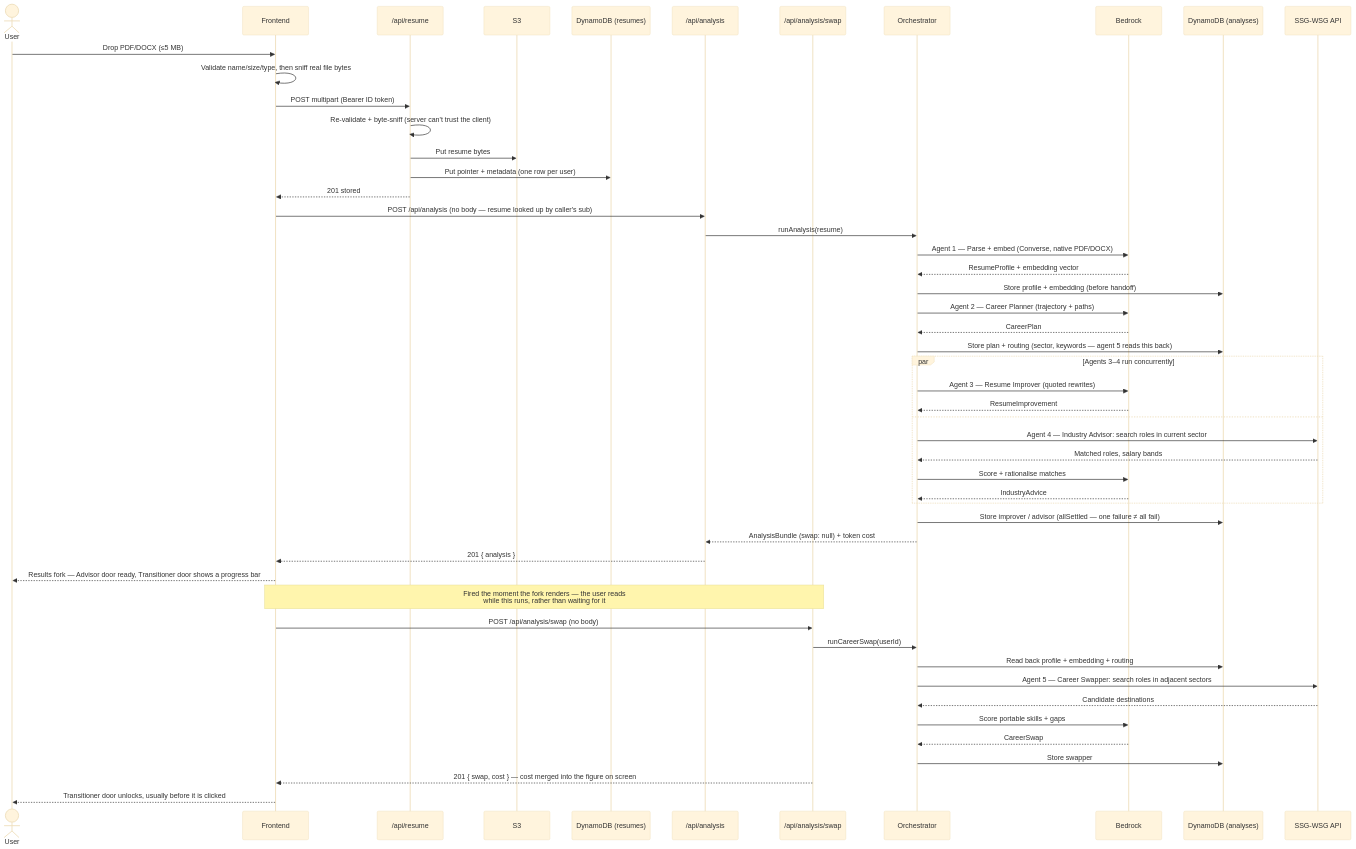
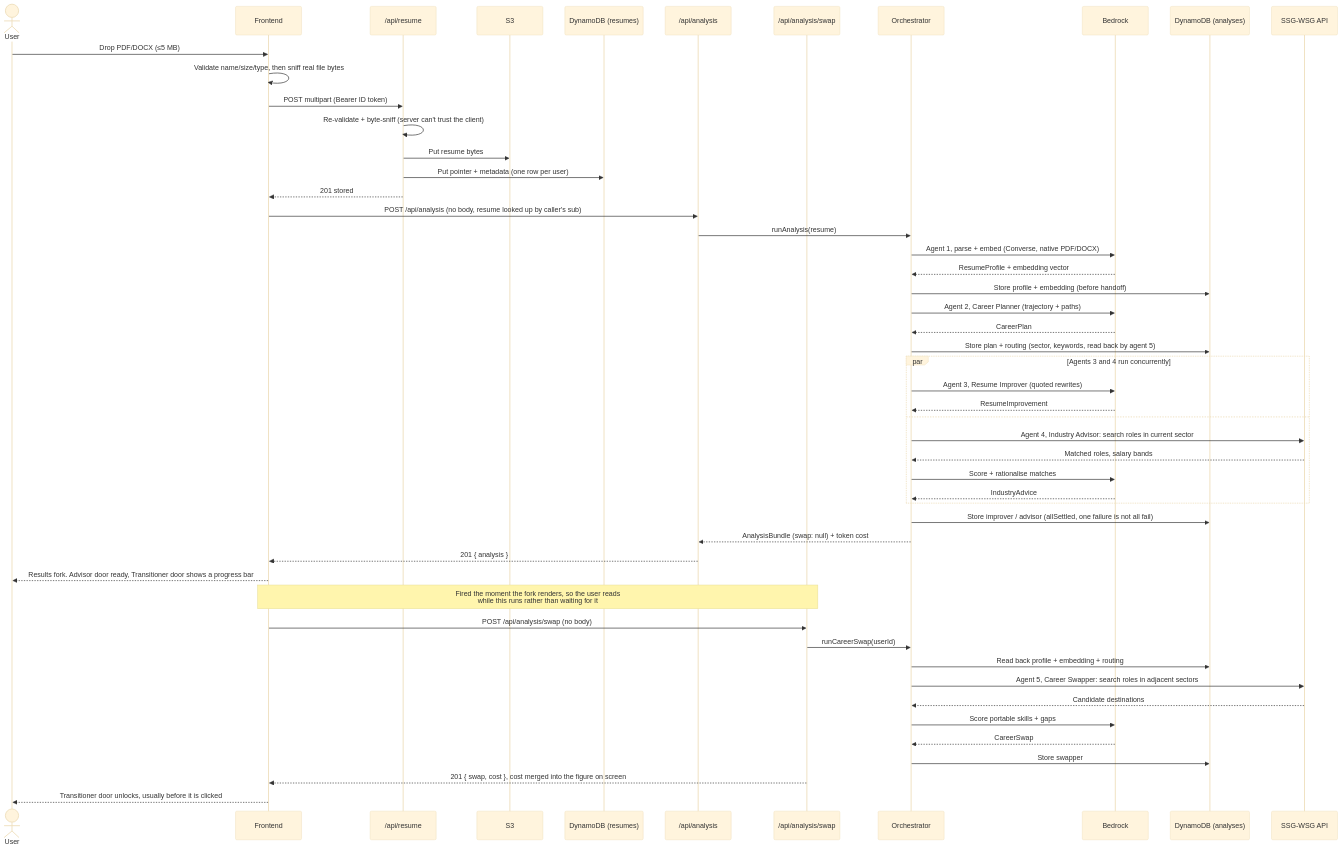
One commit to oreoolis/meong-MyWay changed the third of 4 diagrams in README.md. Above: the diagram before and after it, drawn with Mermaid (base theme). The commit also changed other lines of this file, not shown here.

````diff
--- a/README.md
+++ b/README.md
@@ -193,61 +251,61 @@
 ```mermaid
 sequenceDiagram
     actor User
     participant FE as Frontend
     participant ResumeAPI as /api/resume
     participant S3
     participant DDB_R as DynamoDB (resumes)
     participant AnalysisAPI as /api/analysis
     participant SwapAPI as /api/analysis/swap
     participant Orc as Orchestrator
     participant Bedrock
     participant DDB_A as DynamoDB (analyses)
     participant SSG as SSG-WSG API
 
     User->>FE: Drop PDF/DOCX (≤5 MB)
     FE->>FE: Validate name/size/type, then sniff real file bytes
     FE->>ResumeAPI: POST multipart (Bearer ID token)
     ResumeAPI->>ResumeAPI: Re-validate + byte-sniff (server can't trust the client)
     ResumeAPI->>S3: Put resume bytes
     ResumeAPI->>DDB_R: Put pointer + metadata (one row per user)
     ResumeAPI-->>FE: 201 stored
 
-    FE->>AnalysisAPI: POST /api/analysis (no body — resume looked up by caller's sub)
+    FE->>AnalysisAPI: POST /api/analysis (no body, resume looked up by caller's sub)
     AnalysisAPI->>Orc: runAnalysis(resume)
 
-    Orc->>Bedrock: Agent 1 — Parse + embed (Converse, native PDF/DOCX)
+    Orc->>Bedrock: Agent 1, parse + embed (Converse, native PDF/DOCX)
     Bedrock-->>Orc: ResumeProfile + embedding vector
     Orc->>DDB_A: Store profile + embedding (before handoff)
 
-    Orc->>Bedrock: Agent 2 — Career Planner (trajectory + paths)
+    Orc->>Bedrock: Agent 2, Career Planner (trajectory + paths)
     Bedrock-->>Orc: CareerPlan
-    Orc->>DDB_A: Store plan + routing (sector, keywords — agent 5 reads this back)
+    Orc->>DDB_A: Store plan + routing (sector, keywords, read back by agent 5)
 
-    par Agents 3–4 run concurrently
-        Orc->>Bedrock: Agent 3 — Resume Improver (quoted rewrites)
+    par Agents 3 and 4 run concurrently
+        Orc->>Bedrock: Agent 3, Resume Improver (quoted rewrites)
         Bedrock-->>Orc: ResumeImprovement
     and
-        Orc->>SSG: Agent 4 — Industry Advisor: search roles in current sector
+        Orc->>SSG: Agent 4, Industry Advisor: search roles in current sector
         SSG-->>Orc: Matched roles, salary bands
         Orc->>Bedrock: Score + rationalise matches
         Bedrock-->>Orc: IndustryAdvice
     end
 
-    Orc->>DDB_A: Store improver / advisor (allSettled — one failure ≠ all fail)
+    Orc->>DDB_A: Store improver / advisor (allSettled, one failure is not all fail)
     Orc-->>AnalysisAPI: AnalysisBundle (swap: null) + token cost
     AnalysisAPI-->>FE: 201 { analysis }
-    FE-->>User: Results fork — Advisor door ready, Transitioner door shows a progress bar
+    FE-->>User: Results fork. Advisor door ready, Transitioner door shows a progress bar
 
-    Note over FE,SwapAPI: Fired the moment the fork renders — the user reads<br/>while this runs, rather than waiting for it
+    Note over FE,SwapAPI: Fired the moment the fork renders, so the user reads<br/>while this runs rather than waiting for it
 
     FE->>SwapAPI: POST /api/analysis/swap (no body)
     SwapAPI->>Orc: runCareerSwap(userId)
     Orc->>DDB_A: Read back profile + embedding + routing
-    Orc->>SSG: Agent 5 — Career Swapper: search roles in adjacent sectors
+    Orc->>SSG: Agent 5, Career Swapper: search roles in adjacent sectors
     SSG-->>Orc: Candidate destinations
     Orc->>Bedrock: Score portable skills + gaps
     Bedrock-->>Orc: CareerSwap
     Orc->>DDB_A: Store swapper
-    SwapAPI-->>FE: 201 { swap, cost } — cost merged into the figure on screen
+    SwapAPI-->>FE: 201 { swap, cost }, cost merged into the figure on screen
     FE-->>User: Transitioner door unlocks, usually before it is clicked
 ```
````
